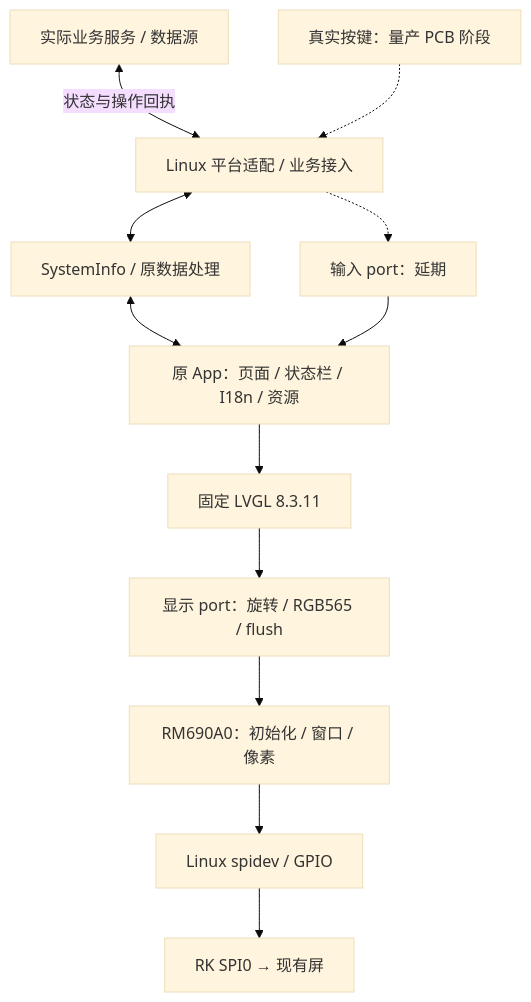
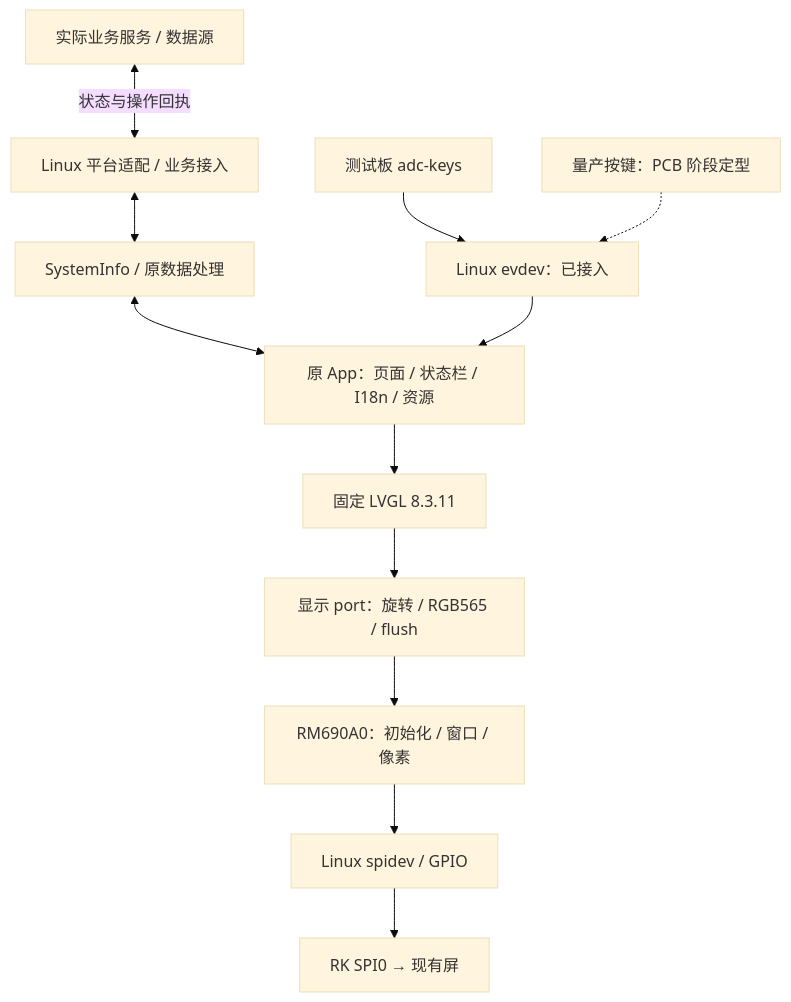
One commit to NewNoob2002/ATK_RK3506 changed the diagram in docs/PROJECT_PLAN.md. Above: the diagram before and after it, drawn with Mermaid (base theme). The commit also changed other lines of this file and 7 other files, not shown here.

````diff
--- a/docs/PROJECT_PLAN.md
+++ b/docs/PROJECT_PLAN.md
@@ -51,14 +51,14 @@
 ```mermaid
 flowchart TD
     DATA[实际业务服务 / 数据源] <-->|状态与操作回执| HAL[Linux 平台适配 / 业务接入]
     HAL <--> STATE[SystemInfo / 原数据处理]
     STATE <--> APP[原 App：页面 / 状态栏 / I18n / 资源]
-    INPUT[真实按键：量产 PCB 阶段] -.-> HAL
-    HAL -.-> INDEV[输入 port：延期]
+    INPUT[测试板 adc-keys] --> INDEV[Linux evdev：已接入]
+    PRODUCTION[量产按键：PCB 阶段定型] -.-> INDEV
     INDEV --> APP
     APP --> LVGL[固定 LVGL 8.3.11]
     LVGL --> DISP[显示 port：旋转 / RGB565 / flush]
     DISP --> OLED[RM690A0：初始化 / 窗口 / 像素]
     OLED --> IO[Linux spidev / GPIO]
     IO --> SCREEN[RK SPI0 → 现有屏]
 ```
````
